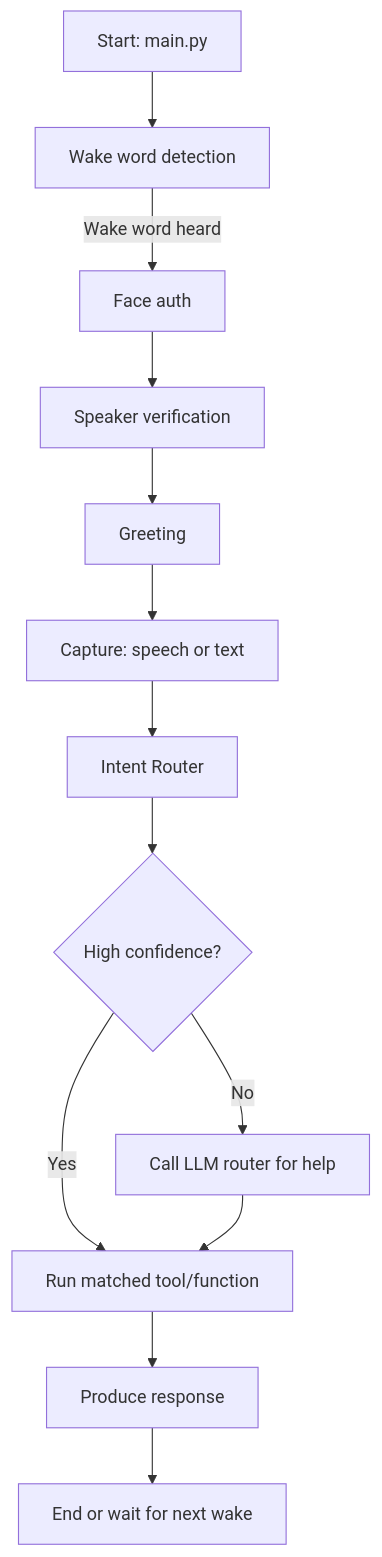
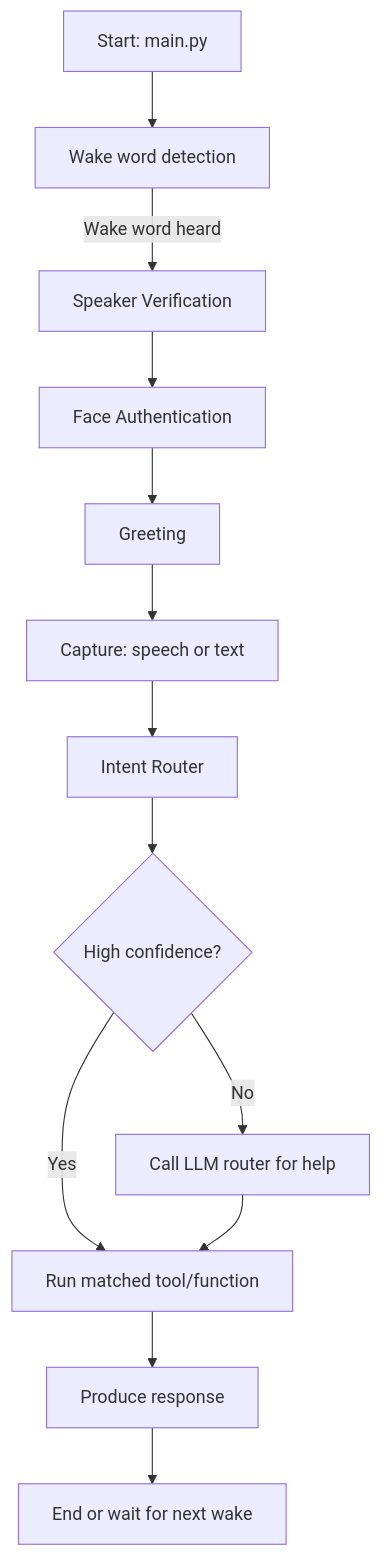
One commit to coderujwal3/Friday changed the diagram in README.md. Above: the diagram before and after it, drawn with Mermaid.

Commit message:
Fix flowchart order for speaker verification and face auth

````diff
--- a/README.md
+++ b/README.md
@@ -40,15 +40,15 @@
 ```mermaid
 flowchart TD
   A[Start: main.py] --> B[Wake word detection]
-  B -->|Wake word heard| C[Face auth]
-  C --> D[Speaker verification]
+  B -->|Wake word heard| C[Speaker Verification]
+  C --> D[Face Authentication]
   D --> E[Greeting]
   E --> F[Capture: speech or text]
   F --> G[Intent Router]
   G --> H{High confidence?}
   H -- Yes --> I[Run matched tool/function]
   H -- No --> J[Call LLM router for help]
   J --> I
   I --> K[Produce response]
   K --> L[End or wait for next wake]
 ```
````
